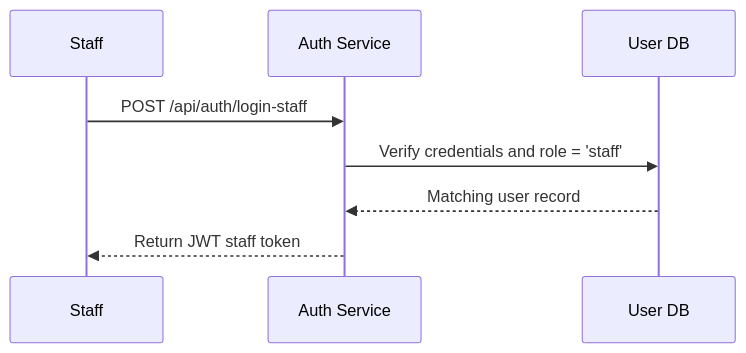
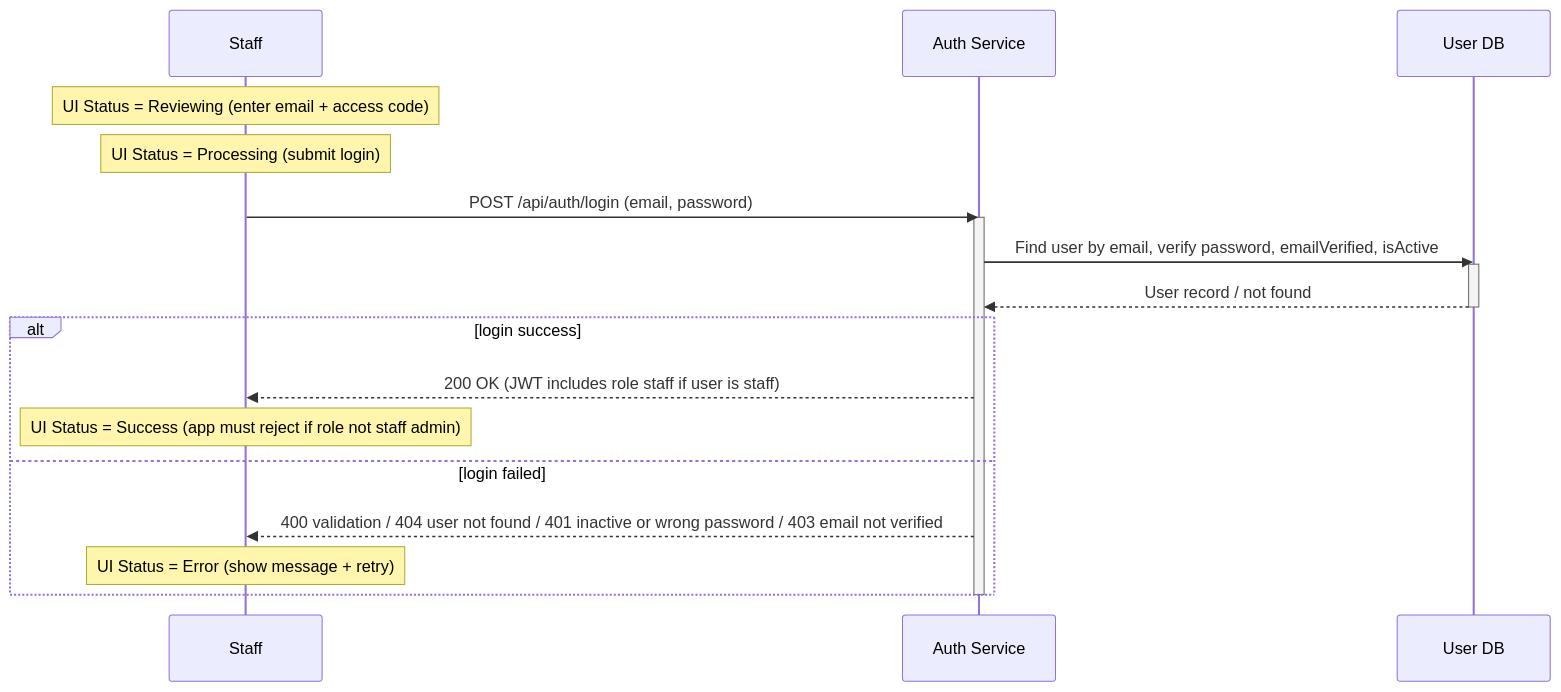
Before and after one commit to SDN-Group5/Event-Ticketing-Platform: diagram 19 of 29 in doc/UML/Phuoc_PaymentCheckin.md, drawn with Mermaid. The commit also changed other lines of this file and 5 other files, not shown here.

````diff
--- a/doc/UML/Phuoc_PaymentCheckin.md
+++ b/doc/UML/Phuoc_PaymentCheckin.md
@@ -287,10 +717,23 @@
 ```mermaid
 sequenceDiagram
     participant S as Staff
     participant A as Auth Service
     participant DB as User DB
-    S->>A: POST /api/auth/login-staff
-    A->>DB: Verify credentials and role = 'staff'
-    DB-->>A: Matching user record
-    A-->>S: Return JWT staff token
+    Note over S: UI Status = Reviewing (enter email + access code)
+    Note over S: UI Status = Processing (submit login)
+    S->>A: POST /api/auth/login (email, password)
+    activate A
+    A->>DB: Find user by email, verify password, emailVerified, isActive
+    activate DB
+    DB-->>A: User record / not found
+    deactivate DB
+
+    alt login success
+        A-->>S: 200 OK (JWT includes role staff if user is staff)
+        Note over S: UI Status = Success (app must reject if role not staff admin)
+    else login failed
+        A-->>S: 400 validation / 404 user not found / 401 inactive or wrong password / 403 email not verified
+        Note over S: UI Status = Error (show message + retry)
+    end
+    deactivate A
 ```
````
